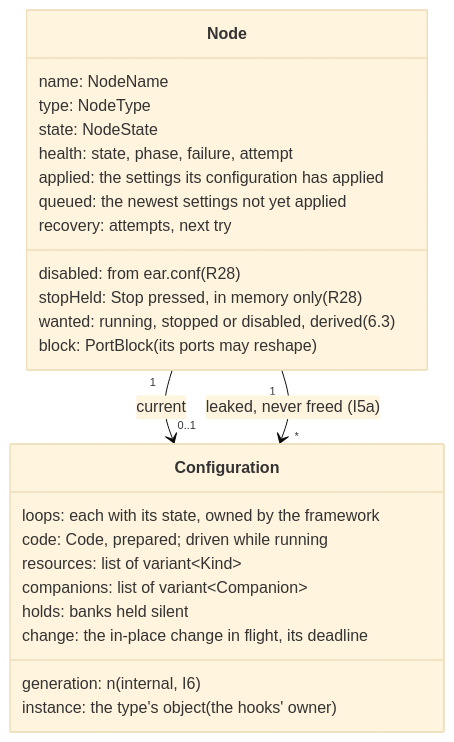
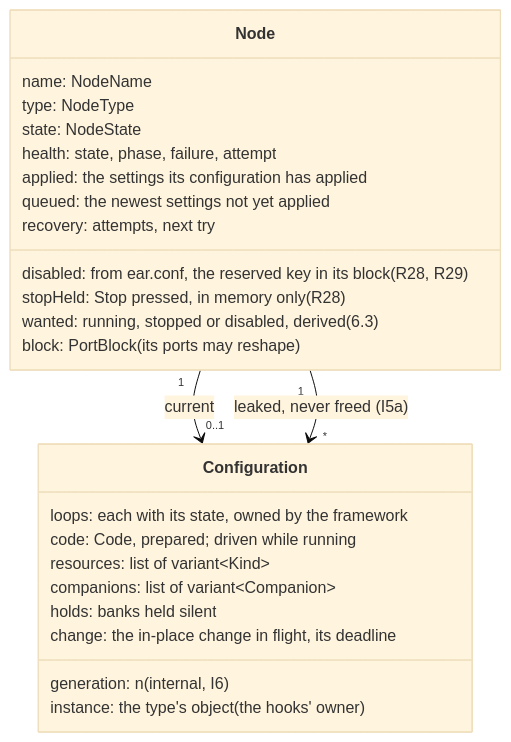
One commit to mcurcio/ear changed the second of 4 diagrams in docs/design/node-framework.md. Above: the diagram before and after it, drawn with Mermaid (base theme). The commit also changed other lines of this file and 2 other files, not shown here.

First line of the commit message:
docs(design): disabled is a setting inside the node's braces

````diff
--- a/docs/design/node-framework.md
+++ b/docs/design/node-framework.md
@@ -269,28 +272,28 @@
 ```mermaid
 classDiagram
   class Node {
     name: NodeName
     type: NodeType
     state: NodeState
-    disabled: from ear.conf (R28)
+    disabled: from ear.conf, the reserved key in its block (R28, R29)
     stopHeld: Stop pressed, in memory only (R28)
     wanted: running, stopped or disabled, derived (6.3)
     health: state, phase, failure, attempt
     block: PortBlock (its ports may reshape)
     applied: the settings its configuration has applied
     queued: the newest settings not yet applied
     recovery: attempts, next try
   }
   class Configuration {
     generation: n (internal, I6)
     instance: the type's object (the hooks' owner)
     loops: each with its state, owned by the framework
     code: Code, prepared; driven while running
     resources: list of variant~Kind~
     companions: list of variant~Companion~
     holds: banks held silent
     change: the in-place change in flight, its deadline
   }
   Node "1" --> "0..1" Configuration : current
   Node "1" --> "*" Configuration : leaked, never freed (I5a)
 ```
````
